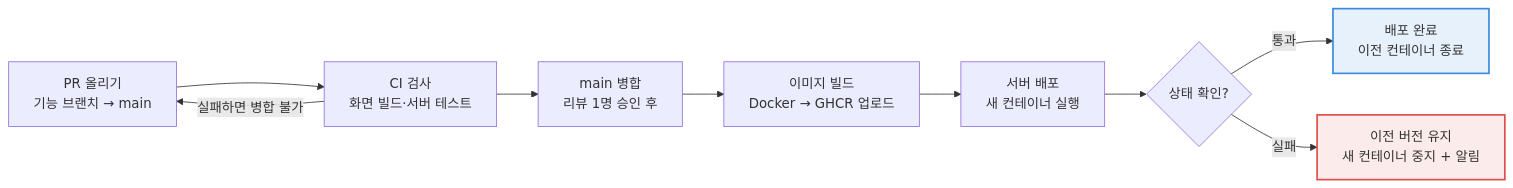
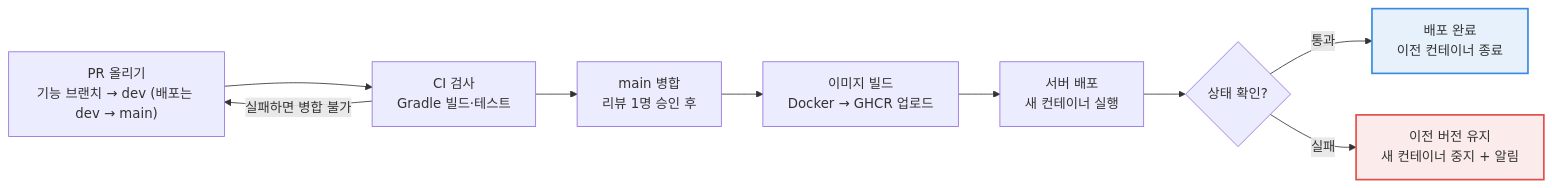
The second of 2 diagrams in 기능/MoneyBeetle_시스템설계.md (bukkeu/MY-HOME), drawn with Mermaid before and after one commit. The commit also changed other lines of this file and 4 other files, not shown here.

````diff
--- a/기능/MoneyBeetle_시스템설계.md
+++ b/기능/MoneyBeetle_시스템설계.md
@@ -236,10 +235,10 @@
 ```mermaid
 flowchart LR
-    PR["PR 올리기<br/>기능 브랜치 → main"] --> CI["CI 검사<br/>화면 빌드·서버 테스트"]
+    PR["PR 올리기<br/>기능 브랜치 → dev (배포는 dev → main)"] --> CI["CI 검사<br/>Gradle 빌드·테스트"]
     CI -- 실패하면 병합 불가 --> PR
     CI --> M["main 병합<br/>리뷰 1명 승인 후"] --> IMG["이미지 빌드<br/>Docker → GHCR 업로드"] --> DEP["서버 배포<br/>새 컨테이너 실행"] --> H{"상태 확인?"}
     H -- 통과 --> OK["배포 완료<br/>이전 컨테이너 종료"]
     H -- 실패 --> RB["이전 버전 유지<br/>새 컨테이너 중지 + 알림"]
     style OK fill:#E6F1FB,stroke:#378ADD,stroke-width:2px
     style RB fill:#FCEBEB,stroke:#E24B4A,stroke-width:2px
 ```
````
